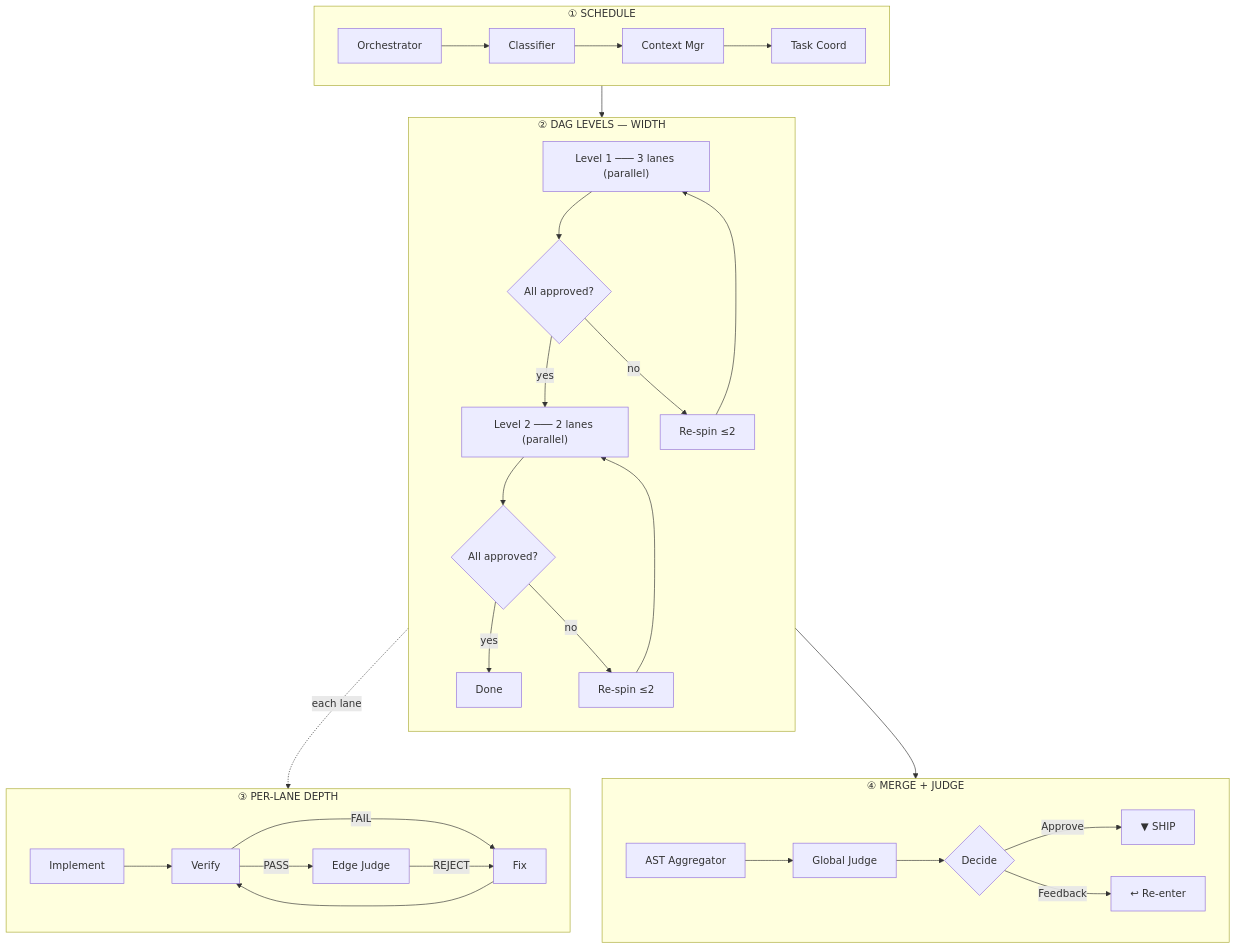
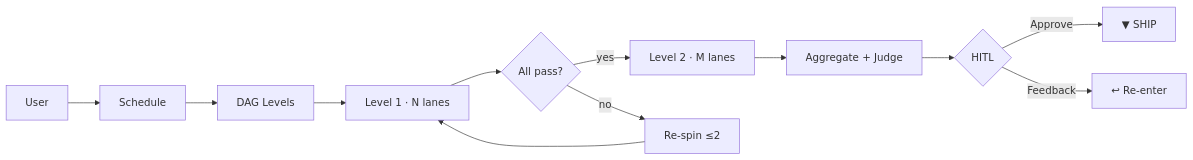
The fourth of 4 diagrams in README.md (datnguyennnx/nyx), drawn with Mermaid before and after one commit. The commit also changed other lines of this file, not shown here.

````diff
--- a/README.md
+++ b/README.md
@@ -20,42 +87,14 @@
 ```mermaid
-flowchart TB
-    subgraph Sched["① SCHEDULE"]
-        direction LR
-        O[Orchestrator] --> CL[Classifier] --> CM[Context Mgr] --> TC[Task Coord]
-    end
-
-    subgraph Levels["② DAG LEVELS — WIDTH"]
-        direction TB
-
-        L1["Level 1 ─── 3 lanes (parallel)"]
-        L2["Level 2 ─── 2 lanes (parallel)"]
-
-        L1 --> L1Gate{All approved?}
-        L1Gate -->|yes| L2
-        L1Gate -->|no| L1Rs[Re-spin ≤2] --> L1
-
-        L2 --> L2Gate{All approved?}
-        L2Gate -->|yes| Done
-        L2Gate -->|no| L2Rs[Re-spin ≤2] --> L2
-    end
-
-    subgraph PerLane["③ PER-LANE DEPTH"]
-        direction LR
-        I[Implement] --> V[Verify]
-        V -->|FAIL| F[Fix]
-        F --> V
-        V -->|PASS| EJ[Edge Judge]
-        EJ -->|REJECT| F
-    end
-
-    subgraph Gate["④ MERGE + JUDGE"]
-        direction LR
-        AA[AST Aggregator] --> GJ[Global Judge] --> HITL{Decide}
-        HITL -->|Approve| Ship[▼ SHIP]
-        HITL -->|Feedback| Re[↩ Re-enter]
-    end
-
-    Sched --> Levels
-    Levels -.->|each lane| PerLane
-    Done --> Gate
+flowchart LR
+    U[User] --> S[Schedule]
+    S --> L[DAG Levels]
+    L --> L0["Level 1 · N lanes"]
+    L0 --> LC{All pass?}
+    LC -->|yes| L1["Level 2 · M lanes"]
+    LC -->|no| RS[Re-spin ≤2]
+    RS --> L0
+    L1 --> M[Aggregate + Judge]
+    M --> H{HITL}
+    H -->|Approve| SH[▼ SHIP]
+    H -->|Feedback| RE[↩ Re-enter]
 ```
````
